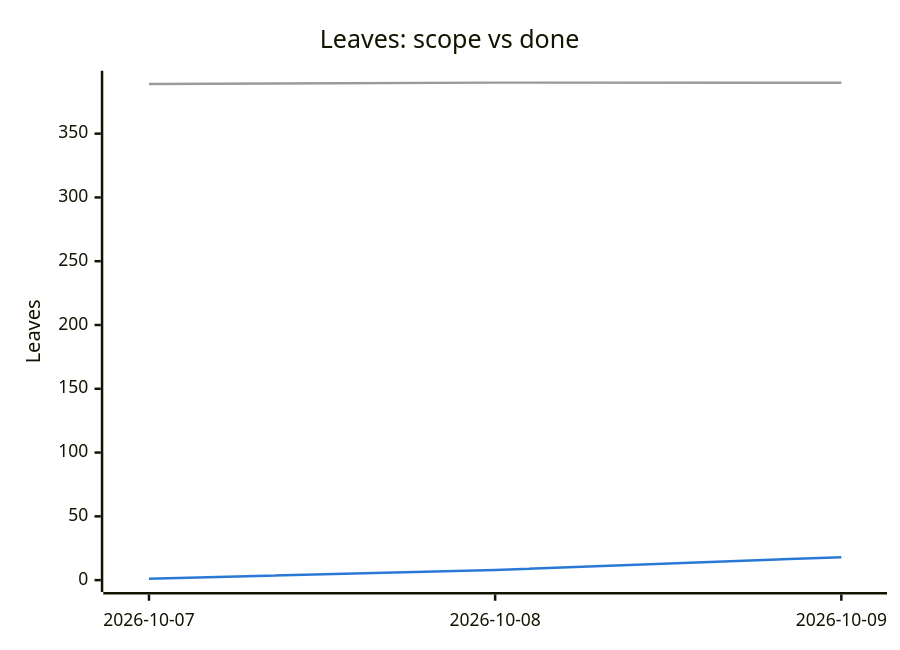
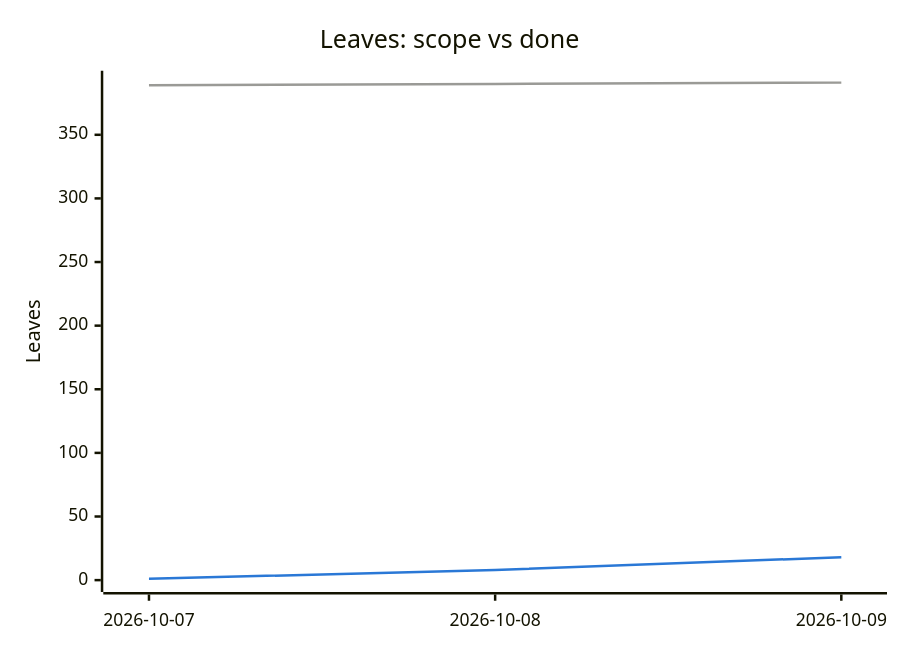
One commit to tomiok/persiaDB changed the second of 2 diagrams in PROGRESS.md. Above: the diagram before and after it, drawn with Mermaid. The commit also changed other lines of this file and 7 other files, not shown here.

````diff
--- a/PROGRESS.md
+++ b/PROGRESS.md
@@ -97,14 +97,14 @@
 ```mermaid
 ---
 config:
   themeVariables:
     xyChart:
       plotColorPalette: "#9a9a96, #2a78d6"
 ---
 xychart-beta
   title "Leaves: scope vs done"
   x-axis ["2026-10-07", "2026-10-08", "2026-10-09"]
-  y-axis "Leaves" 0 --> 390
-  line [389, 390, 390]
+  y-axis "Leaves" 0 --> 391
+  line [389, 390, 391]
   line [1, 8, 18]
 ```
````
